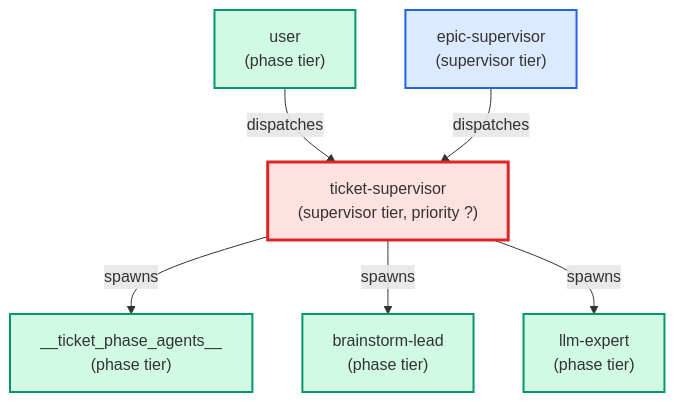
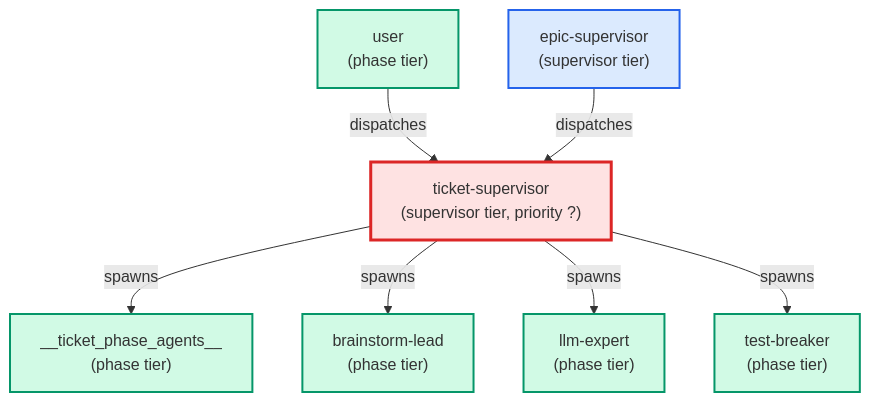
The diagram in docs/agents/cards/ticket-supervisor.card.md (urlmonitor/leafcutter-ai), drawn with Mermaid before and after one commit. The commit also changed 24 other files, not shown here.

First line of the commit message:
feat(testing-quality): read-only test-breaker agent and wrong-version writer (TQ-500g-1-iv, TQ-500g-1-ix)

````diff
--- a/docs/agents/cards/ticket-supervisor.card.md
+++ b/docs/agents/cards/ticket-supervisor.card.md
@@ -54,20 +54,22 @@
 ```mermaid
 flowchart TD
     classDef supervisor fill:#dbeafe,stroke:#2563eb,stroke-width:2px
     classDef phase fill:#d1fae5,stroke:#059669,stroke-width:2px
     classDef utility fill:#f3f4f6,stroke:#4b5563,stroke-width:2px
     classDef target fill:#fee2e2,stroke:#dc2626,stroke-width:3px
 
     user["user\n(phase tier)"]:::phase
     epic_supervisor["epic-supervisor\n(supervisor tier)"]:::supervisor
     ticket_supervisor["ticket-supervisor\n(supervisor tier, priority ?)"]:::target
     __ticket_phase_agents__["__ticket_phase_agents__\n(phase tier)"]:::phase
     brainstorm_lead["brainstorm-lead\n(phase tier)"]:::phase
     llm_expert["llm-expert\n(phase tier)"]:::phase
+    test_breaker["test-breaker\n(phase tier)"]:::phase
 
     user -->|dispatches| ticket_supervisor
     epic_supervisor -->|dispatches| ticket_supervisor
     ticket_supervisor -->|spawns| __ticket_phase_agents__
     ticket_supervisor -->|spawns| brainstorm_lead
     ticket_supervisor -->|spawns| llm_expert
+    ticket_supervisor -->|spawns| test_breaker
 ```
````
